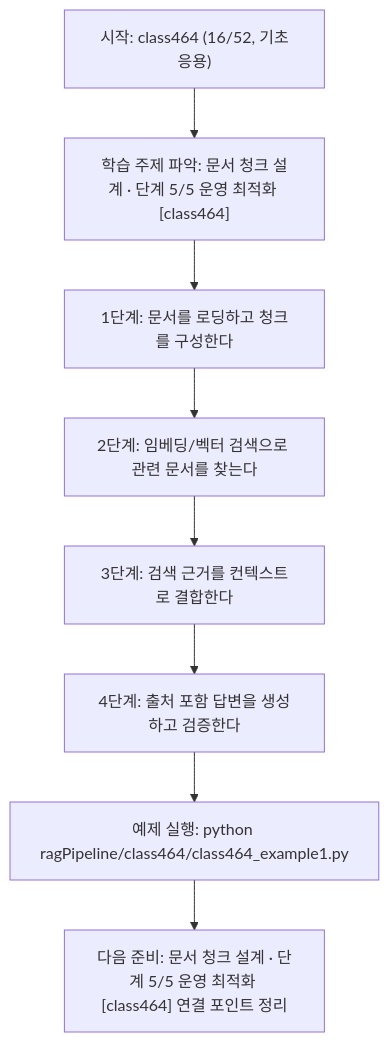
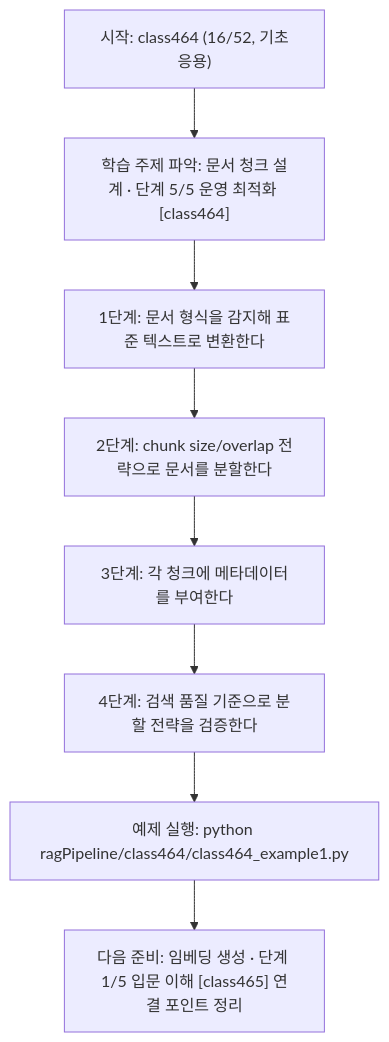
The diagram in ragPipeline/class464/class464.md (edumgt/Python-AI_Agent-Class), drawn with Mermaid before and after one commit. The commit also changed other lines of this file and 367 other files, not shown here.

````diff
--- a/ragPipeline/class464/class464.md
+++ b/ragPipeline/class464/class464.md
@@ -111,18 +92,18 @@
 ```mermaid
 flowchart TD
 N1["시작: class464 (16/52, 기초응용)"]
 N2["학습 주제 파악: 문서 청크 설계 · 단계 5/5 운영 최적화 [class464]"]
-N3["1단계: 문서를 로딩하고 청크를 구성한다"]
-N4["2단계: 임베딩/벡터 검색으로 관련 문서를 찾는다"]
-N5["3단계: 검색 근거를 컨텍스트로 결합한다"]
-N6["4단계: 출처 포함 답변을 생성하고 검증한다"]
+N3["1단계: 문서 형식을 감지해 표준 텍스트로 변환한다"]
+N4["2단계: chunk size/overlap 전략으로 문서를 분할한다"]
+N5["3단계: 각 청크에 메타데이터를 부여한다"]
+N6["4단계: 검색 품질 기준으로 분할 전략을 검증한다"]
 N7["예제 실행: python ragPipeline/class464/class464_example1.py"]
-N8["다음 준비: 문서 청크 설계 · 단계 5/5 운영 최적화 [class464] 연결 포인트 정리"]
+N8["다음 준비: 임베딩 생성 · 단계 1/5 입문 이해 [class465] 연결 포인트 정리"]
 N1 --> N2
 N2 --> N3
 N3 --> N4
 N4 --> N5
 N5 --> N6
 N6 --> N7
 N7 --> N8
 ```
````
